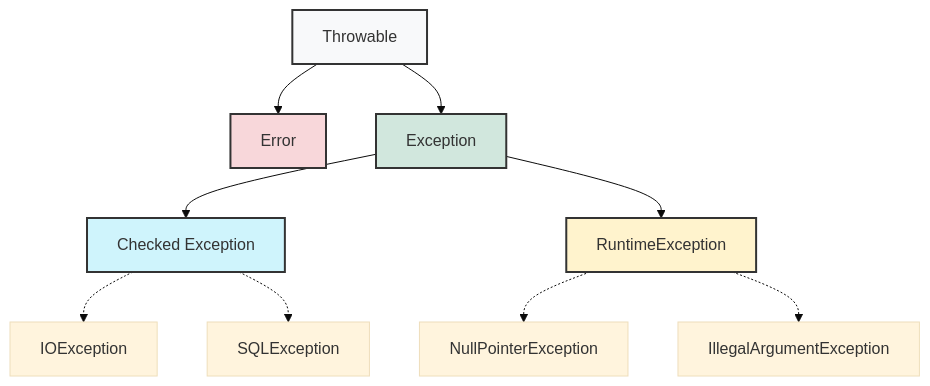
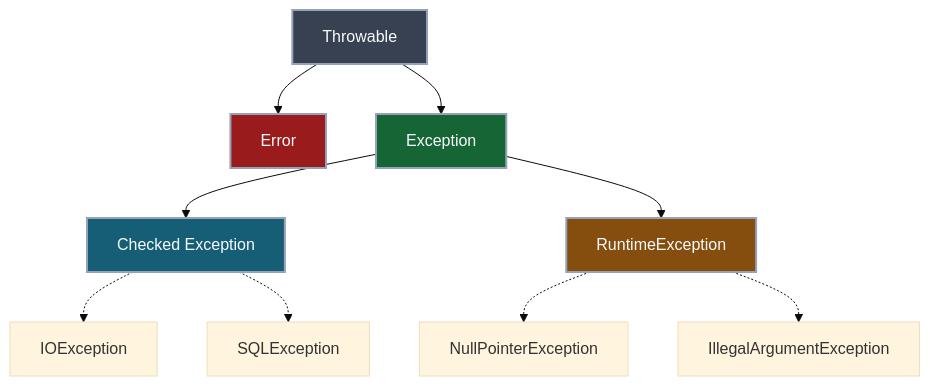
One commit to Kang-Hyesung/kang-hyesung.github.io changed the first of 3 diagrams in _posts/java/11-예외처리/2026-02-25-두-가지-예외-종류.md. Above: the diagram before and after it, drawn with Mermaid (base theme). The commit also changed other lines of this file and 74 other files, not shown here.

Commit message:
docs: update post visibility and mermaid colors

````diff
--- a/_posts/java/11-예외처리/2026-02-25-두-가지-예외-종류.md
+++ b/_posts/java/11-예외처리/2026-02-25-두-가지-예외-종류.md
@@ -18,22 +18,22 @@
 ```mermaid
 graph TD
     A["Throwable"] --> B["Error"]
     A --> C["Exception"]
     C --> D["Checked Exception"]
     C --> E["RuntimeException"]
     
     D -.-> D1["IOException"]
     D -.-> D2["SQLException"]
     
     E -.-> E1["NullPointerException"]
     E -.-> E2["IllegalArgumentException"]
 
     %% 스타일 정의
-    style A fill:#f8f9fa,stroke:#333,stroke-width:2px
-    style B fill:#f8d7da,stroke:#333,stroke-width:2px
-    style C fill:#d1e7dd,stroke:#333,stroke-width:2px
-    style D fill:#cff4fc,stroke:#333,stroke-width:2px
-    style E fill:#fff3cd,stroke:#333,stroke-width:2px
+    style A fill:#374151,stroke:#94a3b8,stroke-width:2px,color:#f8fafc
+    style B fill:#991b1b,stroke:#94a3b8,stroke-width:2px,color:#f8fafc
+    style C fill:#166534,stroke:#94a3b8,stroke-width:2px,color:#f8fafc
+    style D fill:#155e75,stroke:#94a3b8,stroke-width:2px,color:#f8fafc
+    style E fill:#854d0e,stroke:#94a3b8,stroke-width:2px,color:#f8fafc
 
 
 ```
````
